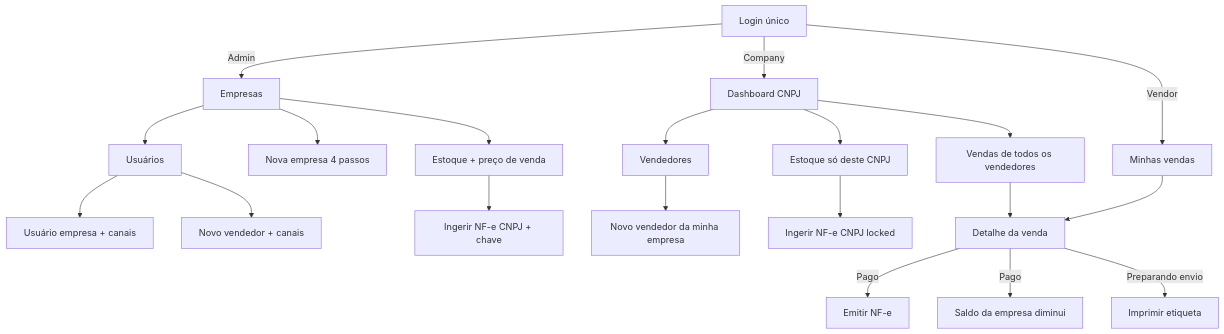
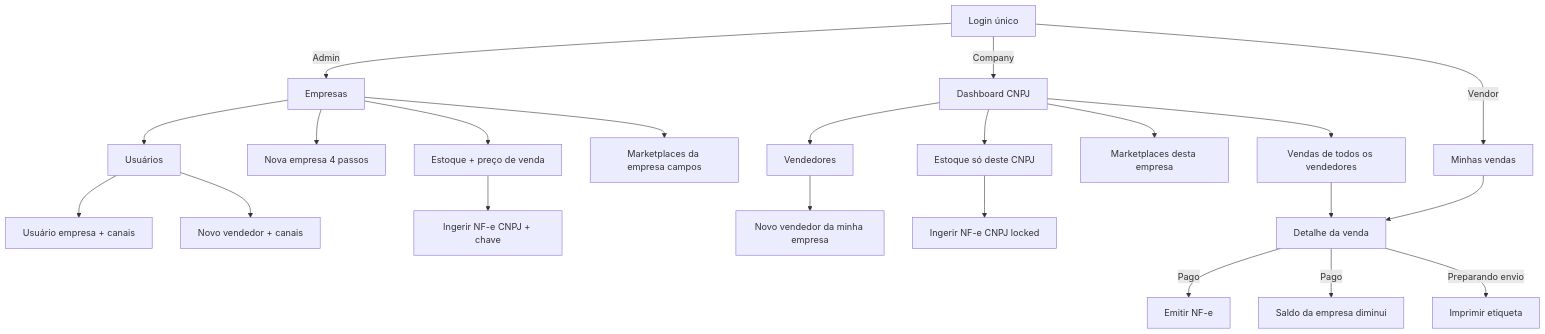
One commit to andrevilmo/VilmoMarketingEngine changed the first of 2 diagrams in MD/WIREFRAMES.md. Above: the diagram before and after it, drawn with Mermaid. The commit also changed other lines of this file and 6 other files, not shown here.

````diff
--- a/MD/WIREFRAMES.md
+++ b/MD/WIREFRAMES.md
@@ -24,26 +25,28 @@
 ```mermaid
 flowchart TD
   login[Login único]
   login -->|Admin| empresas[Empresas]
   login -->|Company| dashEmp[Dashboard CNPJ]
   login -->|Vendor| minhasVendas[Minhas vendas]
 
   empresas --> wizard[Nova empresa 4 passos]
   empresas --> users[Usuários]
   users --> userEmp[Usuário empresa + canais]
   users --> vendorA[Novo vendedor + canais]
+  empresas --> mktA[Marketplaces da empresa campos]
   empresas --> estoqueA[Estoque + preço de venda]
   estoqueA --> ingestA[Ingerir NF-e CNPJ + chave]
 
   dashEmp --> vendedores[Vendedores]
   vendedores --> vendorC[Novo vendedor da minha empresa]
+  dashEmp --> mktC[Marketplaces desta empresa]
   dashEmp --> estoqueC[Estoque só deste CNPJ]
   estoqueC --> ingestC[Ingerir NF-e CNPJ locked]
   dashEmp --> vendasEmp[Vendas de todos os vendedores]
   vendasEmp --> detalhe[Detalhe da venda]
 
   minhasVendas --> detalhe
   detalhe -->|Pago| nfe[Emitir NF-e]
   detalhe -->|Pago| stockDown[Saldo da empresa diminui]
   detalhe -->|Preparando envio| etiqueta[Imprimir etiqueta]
 ```
````
